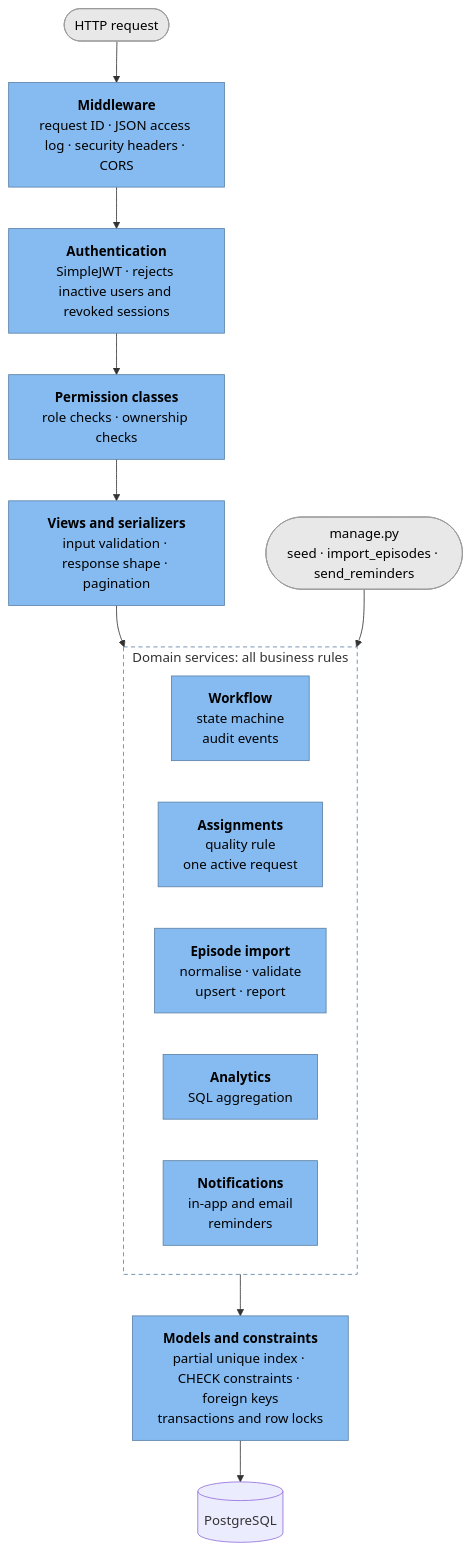
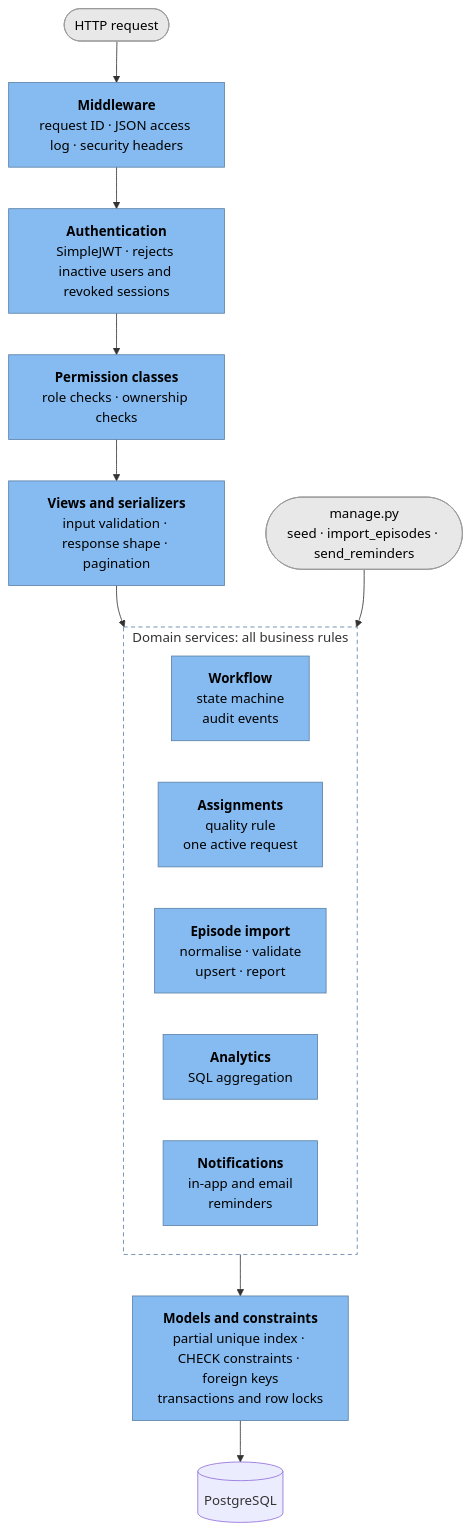
One commit to Michelle-anyika/dataset-request-desk changed the third of 8 diagrams in docs/architecture.md. Above: the diagram before and after it, drawn with Mermaid. The commit also changed other lines of this file and 1 other file, not shown here.

First line of the commit message:
docs: update the architecture and add a printable export

````diff
--- a/docs/architecture.md
+++ b/docs/architecture.md
@@ -99,28 +99,28 @@
 ```mermaid
 flowchart TB
     http(["HTTP request"]) --> mw
-    mw["<b>Middleware</b><br/>request ID · JSON access log · security headers · CORS"]
+    mw["<b>Middleware</b><br/>request ID · JSON access log · security headers"]
     mw --> authn["<b>Authentication</b><br/>SimpleJWT · rejects inactive users and revoked sessions"]
     authn --> perms["<b>Permission classes</b><br/>role checks · ownership checks"]
     perms --> views["<b>Views and serializers</b><br/>input validation · response shape · pagination"]
     views --> services
     cmd(["manage.py<br/>seed · import_episodes · send_reminders"]) --> services
 
     subgraph services["Domain services: all business rules"]
         direction LR
         workflow["<b>Workflow</b><br/>state machine<br/>audit events"]
         assign["<b>Assignments</b><br/>quality rule<br/>one active request"]
         importer["<b>Episode import</b><br/>normalise · validate<br/>upsert · report"]
         analytics["<b>Analytics</b><br/>SQL aggregation"]
         notify["<b>Notifications</b><br/>in-app and email<br/>reminders"]
     end
 
     services --> models["<b>Models and constraints</b><br/>partial unique index · CHECK constraints · foreign keys<br/>transactions and row locks"]
     models --> pg[("PostgreSQL")]
 
     classDef layer fill:#85bbf0,stroke:#5d82a8,color:#000
     classDef entry fill:#e8e8e8,stroke:#999,color:#000
     class mw,authn,perms,views,workflow,assign,importer,analytics,notify,models layer
     class http,cmd entry
     style services fill:transparent,stroke:#5d82a8,stroke-width:1px,stroke-dasharray:5 4
 ```
````
